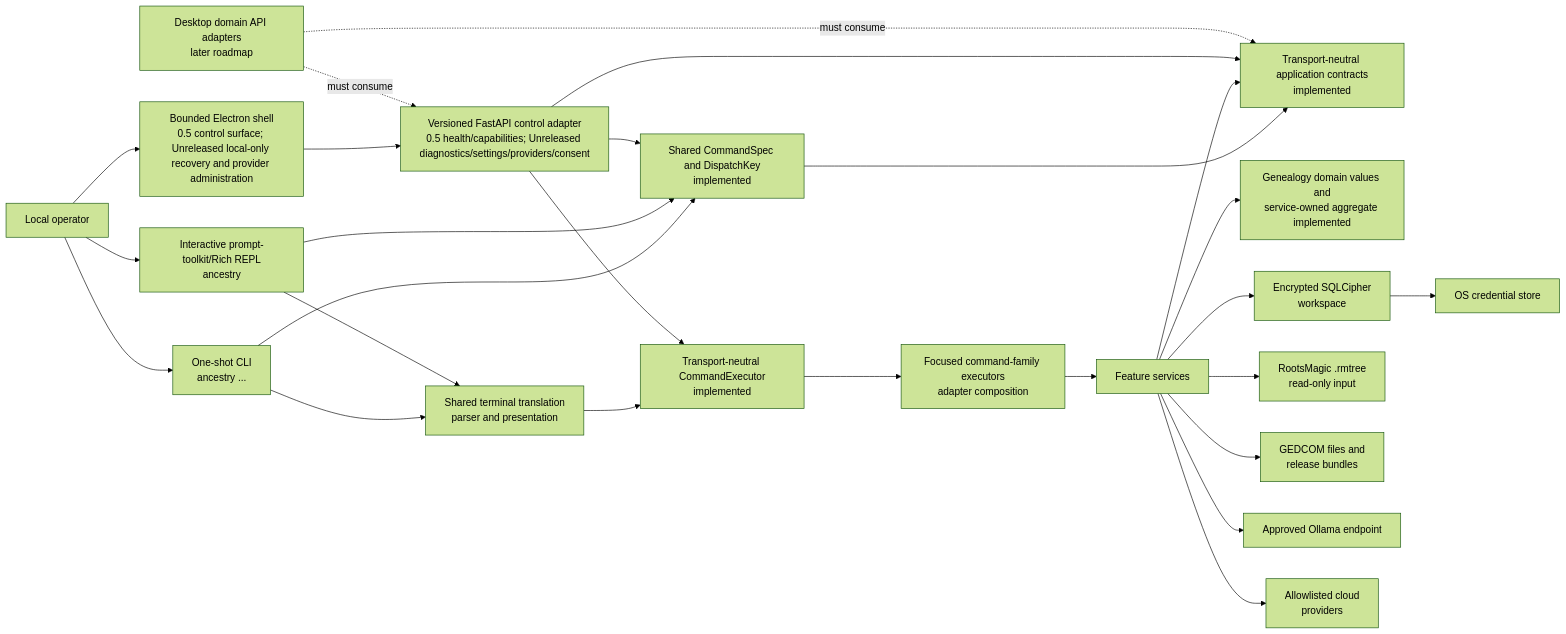
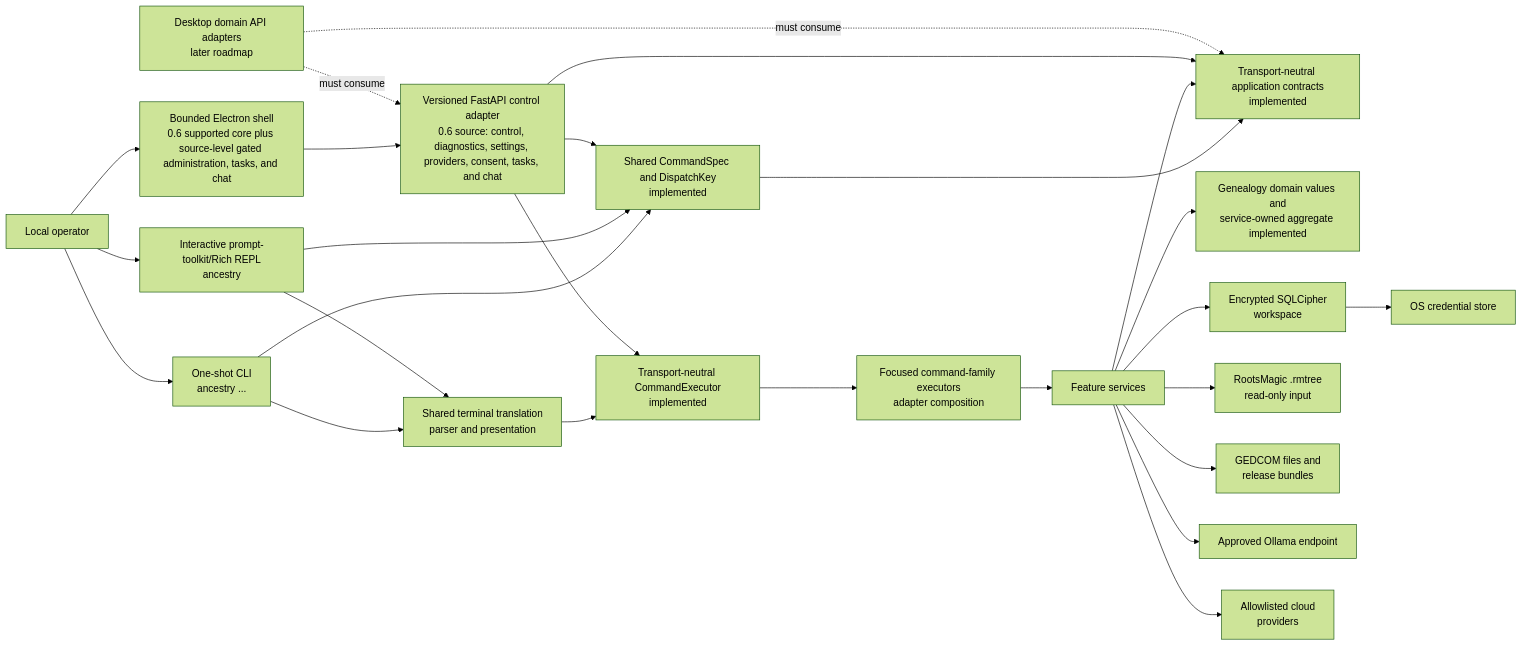
The first of 3 diagrams in ARCHITECTURE.md (sodejm/AncestryLLM), drawn with Mermaid (forest theme) before and after one commit. The commit also changed other lines of this file and 43 other files, not shown here.

````diff
--- a/ARCHITECTURE.md
+++ b/ARCHITECTURE.md
@@ -134,48 +135,48 @@
 ```mermaid
 flowchart LR
     Operator["Local operator"]
     CLI["One-shot CLI\nancestry ..."]
     Console["Interactive prompt-toolkit/Rich REPL\nancestry"]
     Specs["Shared CommandSpec and DispatchKey\nimplemented"]
     Contracts["Transport-neutral application contracts\nimplemented"]
     Terminal["Shared terminal translation\nparser and presentation"]
     Executor["Transport-neutral CommandExecutor\nimplemented"]
     Handlers["Focused command-family executors\nadapter composition"]
     Services["Feature services"]
     Domain["Genealogy domain values and\nservice-owned aggregate implemented"]
     Workspace["Encrypted SQLCipher\nworkspace"]
     Keyring["OS credential store"]
     RM["RootsMagic .rmtree\nread-only input"]
     GED["GEDCOM files and\nrelease bundles"]
     LocalLLM["Approved Ollama endpoint"]
     Cloud["Allowlisted cloud\nproviders"]
-    ControlAPI["Versioned FastAPI control adapter\n0.5 health/capabilities; Unreleased diagnostics/settings/providers/consent"]
-    Desktop["Bounded Electron shell\n0.5 control surface; Unreleased local-only recovery and provider administration"]
+    ControlAPI["Versioned FastAPI control adapter\n0.6 source: control, diagnostics, settings, providers, consent, tasks, and chat"]
+    Desktop["Bounded Electron shell\n0.6 supported core plus source-level gated administration, tasks, and chat"]
     Future["Desktop domain API adapters\nlater roadmap"]
 
     Operator --> CLI
     Operator --> Console
     Operator --> Desktop
     CLI --> Specs
     Console --> Specs
     CLI --> Terminal
     Console --> Terminal
     Terminal --> Executor
     Executor --> Handlers
     Handlers --> Services
     Specs --> Contracts
     Services --> Contracts
     Services --> Domain
     Services --> Workspace
     Workspace --> Keyring
     Services --> RM
     Services --> GED
     Services --> LocalLLM
     Services --> Cloud
     Desktop --> ControlAPI
     ControlAPI --> Specs
     ControlAPI --> Contracts
     ControlAPI --> Executor
     Future -. "must consume" .-> ControlAPI
     Future -. "must consume" .-> Contracts
 ```
````
